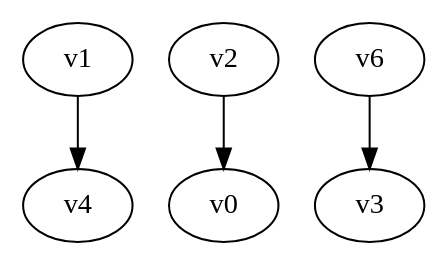
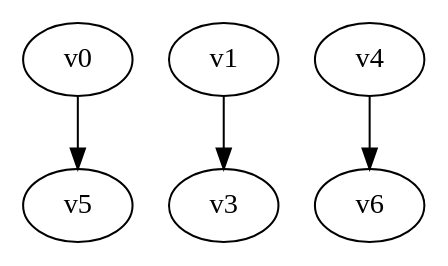
The diagram in digraph.dot (yadej/graph_project), drawn with Graphviz before and after one commit. The commit also changed 3 other files, not shown here.

```diff
--- a/digraph.dot
+++ b/digraph.dot
@@ -1,5 +1,5 @@
 digraph G { 
-v1 -> v4;
-v2 -> v0;
-v6 -> v3;
+v0 -> v5;
+v1 -> v3;
+v4 -> v6;
 }
```
